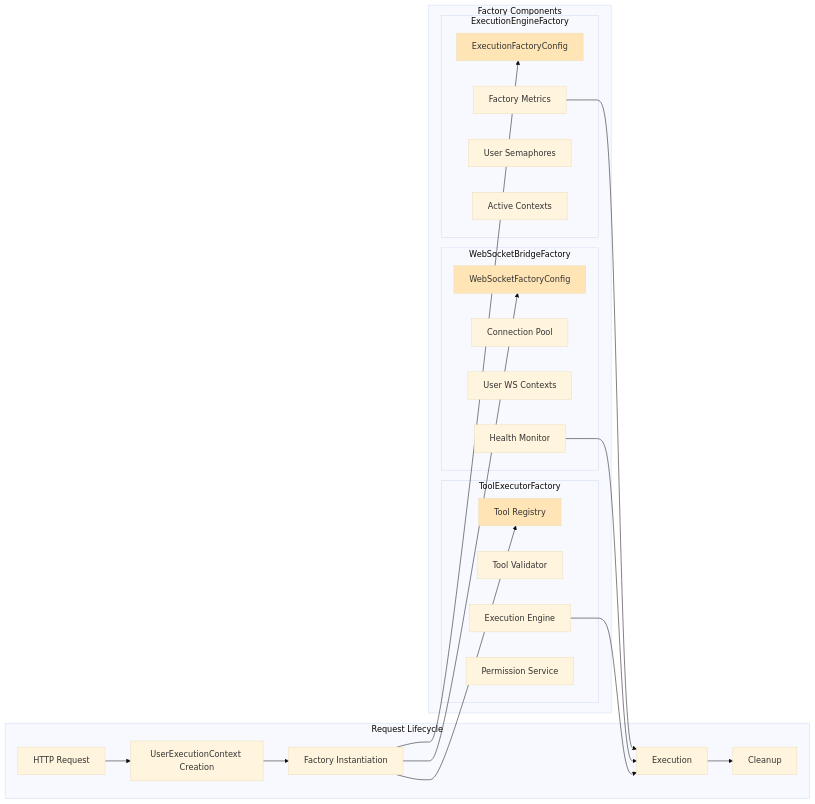
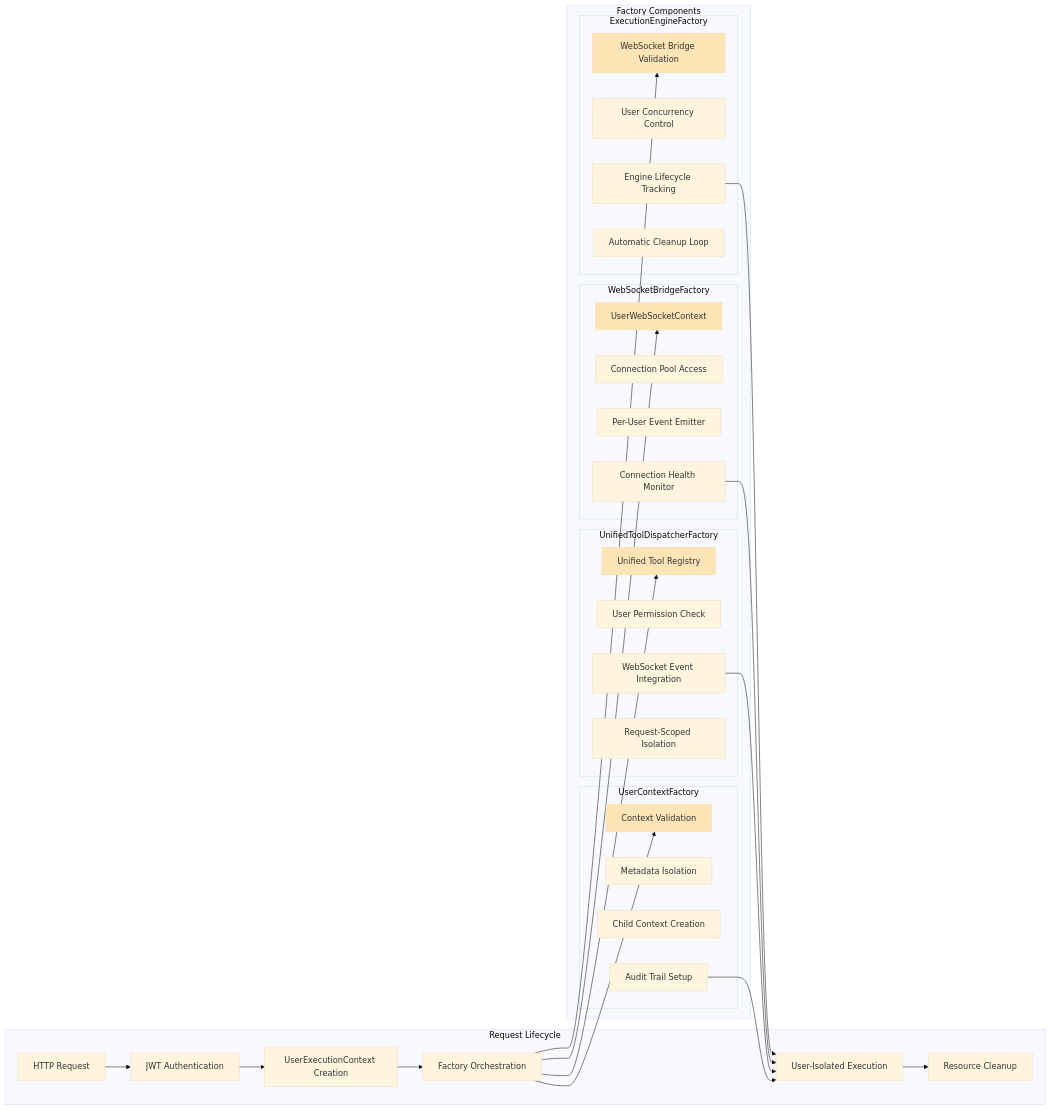
One commit to netra-systems/zen changed the second of 13 diagrams in reports/archived/USER_CONTEXT_ARCHITECTURE.md. Above: the diagram before and after it, drawn with Mermaid (base theme). The commit also changed other lines of this file and 107 other files, not shown here.

First line of the commit message:
fix: resolve WebSocket health monitoring conflict blocking GCP deployment

````diff
--- a/reports/archived/USER_CONTEXT_ARCHITECTURE.md
+++ b/reports/archived/USER_CONTEXT_ARCHITECTURE.md
@@ -68,49 +103,61 @@
 ```mermaid
 graph LR
     subgraph "Request Lifecycle"
         REQ[HTTP Request]
+        AUTH[JWT Authentication]
         CTX[UserExecutionContext Creation]
-        FACT[Factory Instantiation]
-        EXEC[Execution]
-        CLEAN[Cleanup]
+        FACT[Factory Orchestration]
+        EXEC[User-Isolated Execution]
+        CLEAN[Resource Cleanup]
     end
     
     subgraph "Factory Components"
         subgraph "ExecutionEngineFactory"
-            EEF_Config[ExecutionFactoryConfig]
-            EEF_Metrics[Factory Metrics]
-            EEF_Semaphores[User Semaphores]
-            EEF_Contexts[Active Contexts]
+            EEF_WS[WebSocket Bridge Validation]
+            EEF_Semaphores[User Concurrency Control]
+            EEF_Metrics[Engine Lifecycle Tracking]
+            EEF_Cleanup[Automatic Cleanup Loop]
         end
         
         subgraph "WebSocketBridgeFactory"
-            WSF_Config[WebSocketFactoryConfig]
-            WSF_Pool[Connection Pool]
-            WSF_Contexts[User WS Contexts]
-            WSF_Health[Health Monitor]
+            WSF_Context[UserWebSocketContext]
+            WSF_Pool[Connection Pool Access]
+            WSF_Emitter[Per-User Event Emitter]
+            WSF_Health[Connection Health Monitor]
         end
         
-        subgraph "ToolExecutorFactory"
-            TEF_Registry[Tool Registry]
-            TEF_Validator[Tool Validator]
-            TEF_Engine[Execution Engine]
-            TEF_Permissions[Permission Service]
+        subgraph "UnifiedToolDispatcherFactory"
+            UTDF_Registry[Unified Tool Registry]
+            UTDF_Permissions[User Permission Check]
+            UTDF_Events[WebSocket Event Integration]
+            UTDF_Isolation[Request-Scoped Isolation]
+        end
+        
+        subgraph "UserContextFactory"
+            UCF_Validation[Context Validation]
+            UCF_Isolation[Metadata Isolation]
+            UCF_Children[Child Context Creation]
+            UCF_Audit[Audit Trail Setup]
         end
     end
     
-    REQ --> CTX
+    REQ --> AUTH
+    AUTH --> CTX
     CTX --> FACT
-    FACT --> EEF_Config
-    FACT --> WSF_Config
-    FACT --> TEF_Registry
+    FACT --> EEF_WS
+    FACT --> WSF_Context
+    FACT --> UTDF_Registry
+    FACT --> UCF_Validation
     
     EEF_Metrics --> EXEC
     WSF_Health --> EXEC
-    TEF_Engine --> EXEC
+    UTDF_Events --> EXEC
+    UCF_Audit --> EXEC
     
     EXEC --> CLEAN
     
-    style EEF_Config fill:#FFE4B5
-    style WSF_Config fill:#FFE4B5
-    style TEF_Registry fill:#FFE4B5
+    style EEF_WS fill:#FFE4B5
+    style WSF_Context fill:#FFE4B5
+    style UTDF_Registry fill:#FFE4B5
+    style UCF_Validation fill:#FFE4B5
 ```
````
